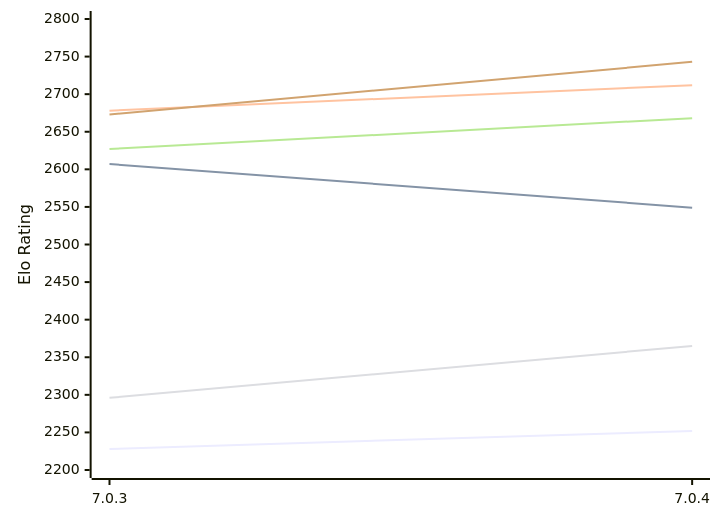
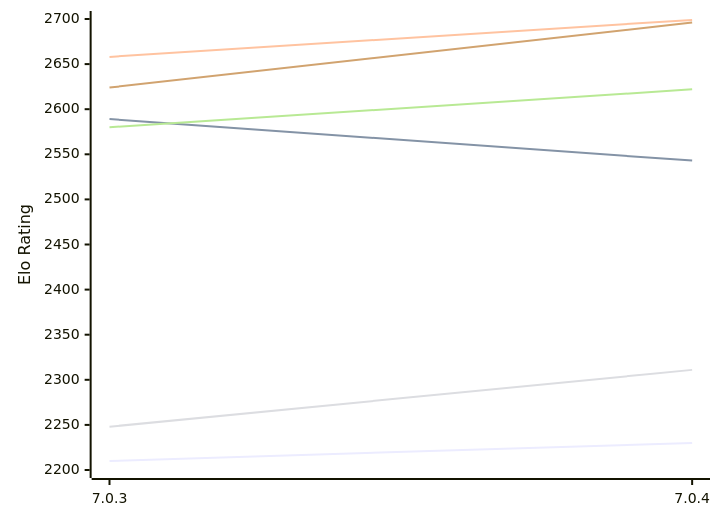
The diagram in engines/Buster.md (computer-chess-index/cci), drawn with Mermaid before and after one commit. The commit also changed other lines of this file, not shown here.

Commit message:
Update CCI Ratings (ELO VLTC) - 2026-11-08

````diff
--- a/engines/Buster.md
+++ b/engines/Buster.md
@@ -49,12 +49,12 @@
 ```mermaid
 %%{init: {"theme":"base","themeVariables":{"seriesColors:['#a3a3a3','#222221','#faa371']}}}%%
 xychart-beta
   x-axis ["7.0.3", "7.0.4"]
-  y-axis "Elo Rating" 2200 --> 2800
-  line "E1: STC (8.0+0.08s)" [2228, 2252]
-  line "E1: LTC (60.0+0.60s)" [2607, 2549]
-  line "E1: VLTC (2m24s+1.12s)" [2678, 2712]
-  line "P1: STC (8.0+0.08s)" [2296, 2365]
-  line "P1: LTC (60.0+0.60s)" [2627, 2668]
-  line "P1: VLTC (2m24s+1.12s)" [2673, 2743]
+  y-axis "Elo Rating" 2200 --> 2700
+  line "E1: STC (8.0+0.08s)" [2210, 2230]
+  line "E1: LTC (60.0+0.60s)" [2589, 2543]
+  line "E1: VLTC (2m24s+1.12s)" [2658, 2699]
+  line "P1: STC (8.0+0.08s)" [2248, 2311]
+  line "P1: LTC (60.0+0.60s)" [2580, 2622]
+  line "P1: VLTC (2m24s+1.12s)" [2624, 2696]
 ```
````
